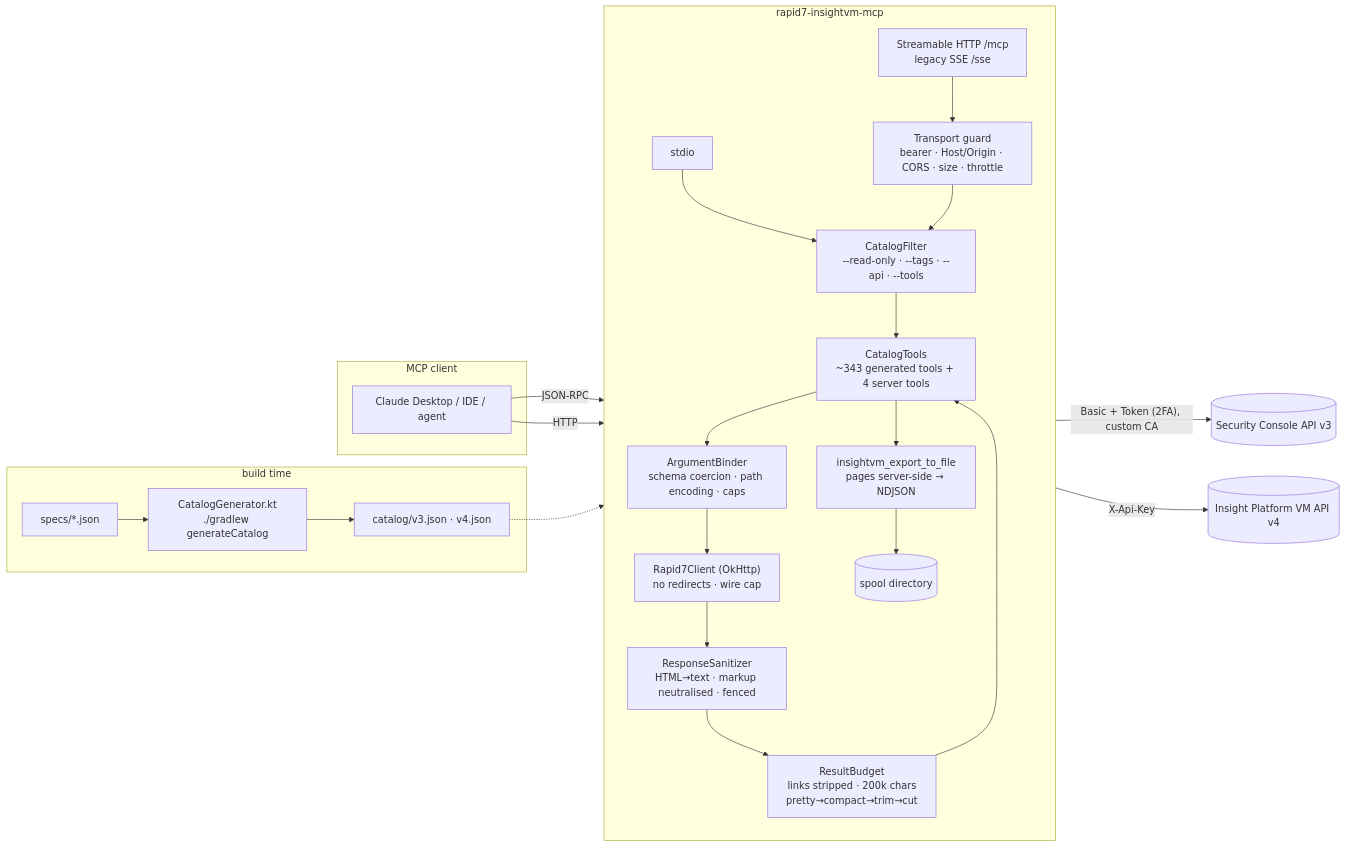
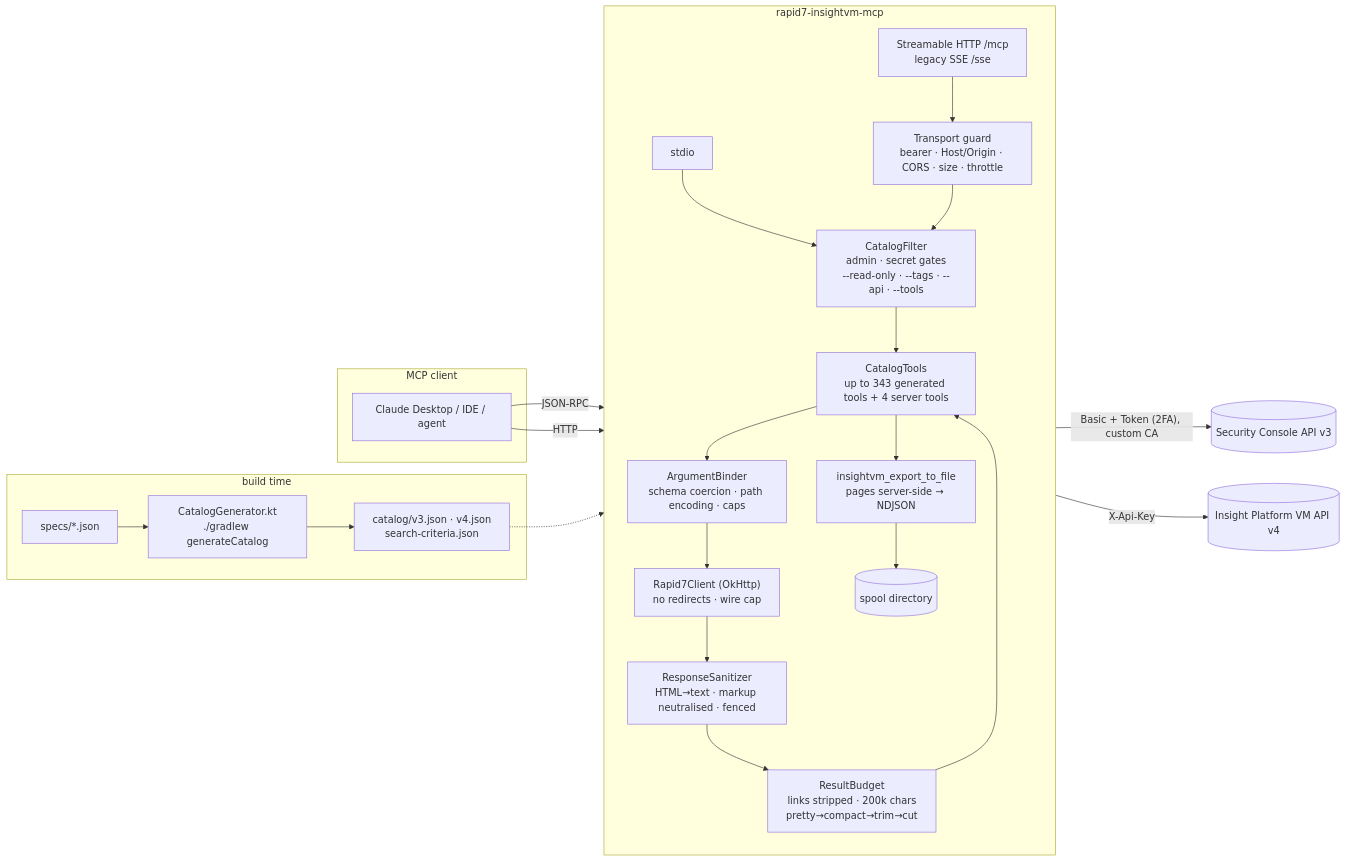
Before and after one commit to jitunicornfx/Rapid7-InsightVM-MCP: the diagram in README.md, drawn with Mermaid. The commit also changed other lines of this file and 5 other files, not shown here.

````diff
--- a/README.md
+++ b/README.md
@@ -215,30 +220,30 @@
 ```mermaid
 flowchart LR
     subgraph Client["MCP client"]
         C[Claude Desktop / IDE / agent]
     end
 
     subgraph Server["rapid7-insightvm-mcp"]
         direction TB
         T1[stdio] --> F
         T2["Streamable HTTP /mcp<br/>legacy SSE /sse"] --> G["Transport guard<br/>bearer · Host/Origin · CORS · size · throttle"] --> F
-        F["CatalogFilter<br/>--read-only · --tags · --api · --tools"] --> R["CatalogTools<br/>~343 generated tools + 4 server tools"]
+        F["CatalogFilter<br/>admin · secret gates<br/>--read-only · --tags · --api · --tools"] --> R["CatalogTools<br/>up to 343 generated tools + 4 server tools"]
         R --> B["ArgumentBinder<br/>schema coercion · path encoding · caps"]
         B --> K["Rapid7Client (OkHttp)<br/>no redirects · wire cap"]
         K --> S["ResponseSanitizer<br/>HTML→text · markup neutralised · fenced"]
         S --> BU["ResultBudget<br/>links stripped · 200k chars<br/>pretty→compact→trim→cut"]
         BU --> R
         R --> X["insightvm_export_to_file<br/>pages server-side → NDJSON"]
         X --> D[("spool directory")]
     end
 
     subgraph BuildTime["build time"]
-        SP["specs/*.json"] --> GEN["CatalogGenerator.kt<br/>./gradlew generateCatalog"] --> CAT["catalog/v3.json · v4.json"]
+        SP["specs/*.json"] --> GEN["CatalogGenerator.kt<br/>./gradlew generateCatalog"] --> CAT["catalog/v3.json · v4.json<br/>search-criteria.json"]
     end
 
     C -- "JSON-RPC" --> T1
     C -- "HTTP" --> T2
     CAT -.-> R
     K -- "Basic + Token (2FA), custom CA" --> V3[("Security Console API v3")]
     K -- "X-Api-Key" --> V4[("Insight Platform VM API v4")]
 ```
````
